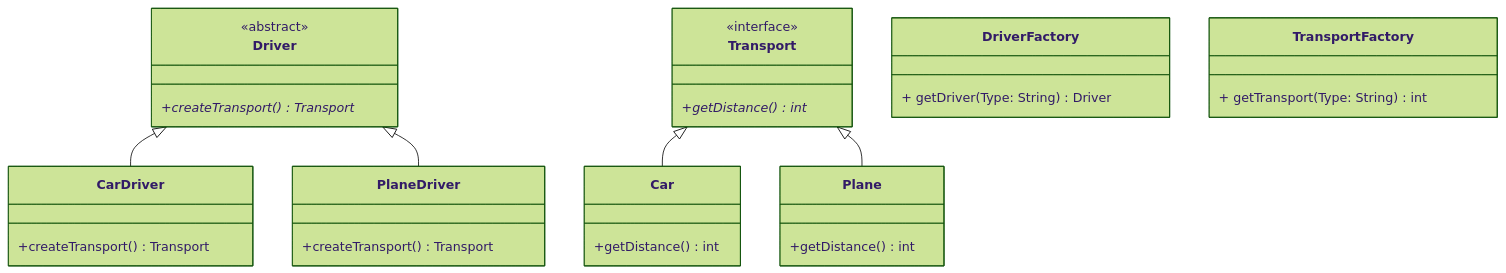
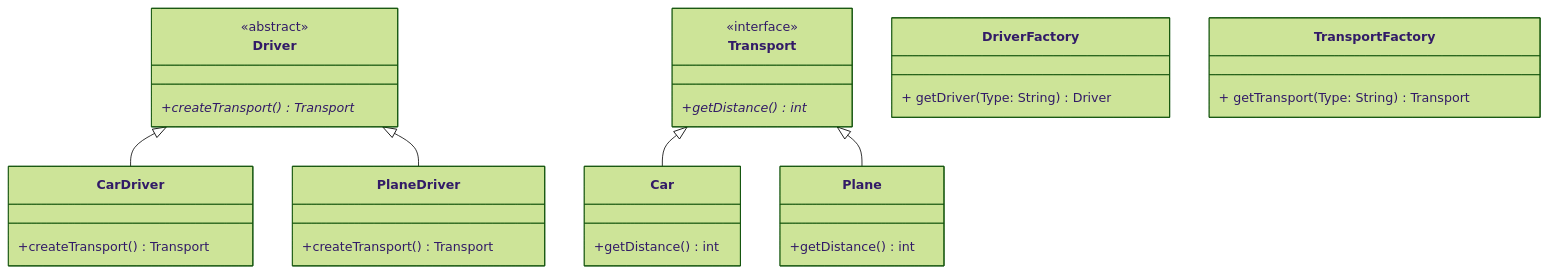
The diagram in subjects/java/piscine/Factory/README.md (01-edu/public), drawn with Mermaid (forest theme) before and after one commit.

Commit message:
Fix return type of getTransport method in README
A factory class is a class whose main job is to create and return objects.

````diff
--- a/subjects/java/piscine/Factory/README.md
+++ b/subjects/java/piscine/Factory/README.md
@@ -7,38 +7,38 @@
 ```mermaid
 classDiagram
 class Driver {
     <<abstract>>
     +createTransport()* Transport
 }
 class CarDriver {
   +createTransport() Transport
 }
 class PlaneDriver {
   +createTransport() Transport
 }
 
 class Transport {
     <<interface>>
     +getDistance()* int
 }
 class Car {
   +getDistance() int
 }
 class Plane {
   +getDistance() int
 }
 
 class DriverFactory {
   + getDriver(Type: String) Driver
   
 }
 
 class TransportFactory {
-  + getTransport(Type: String) int
+  + getTransport(Type: String) Transport
 }
 
 Driver <|-- CarDriver
 Driver <|-- PlaneDriver
 Transport <|-- Car
 Transport <|-- Plane
 ```
````
